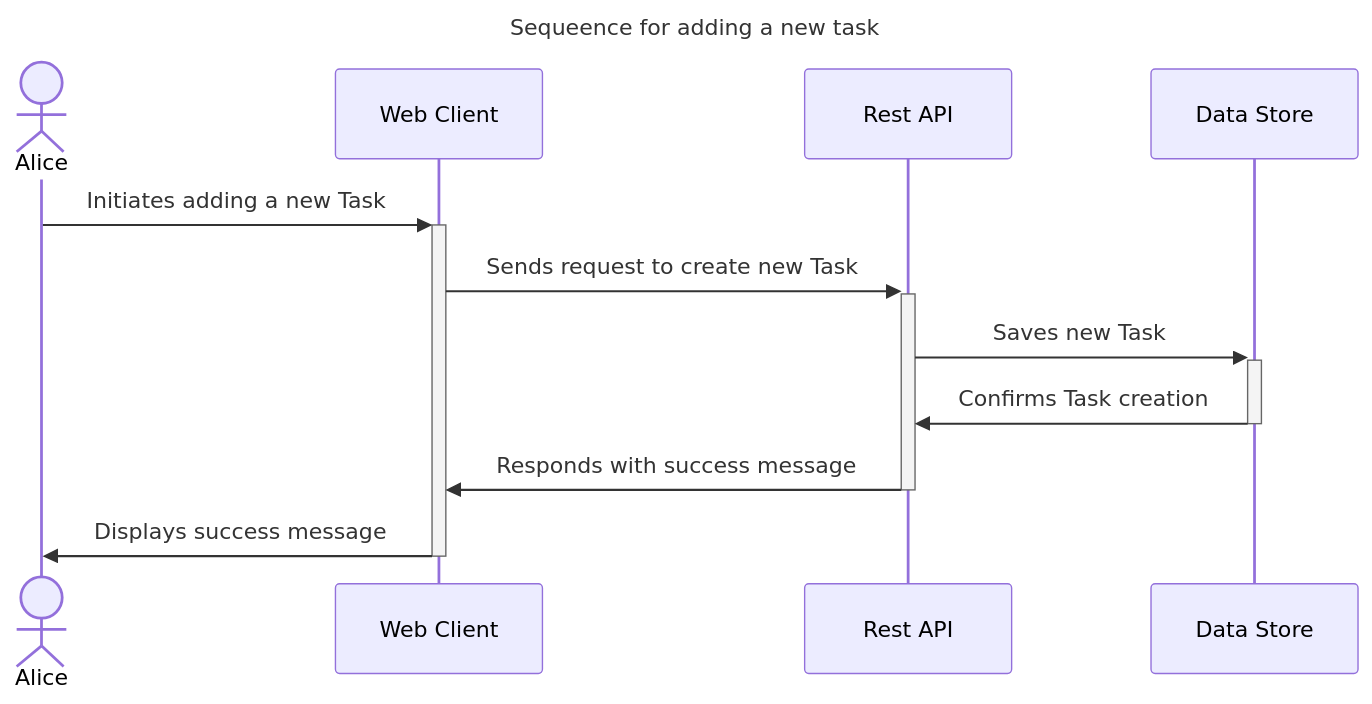
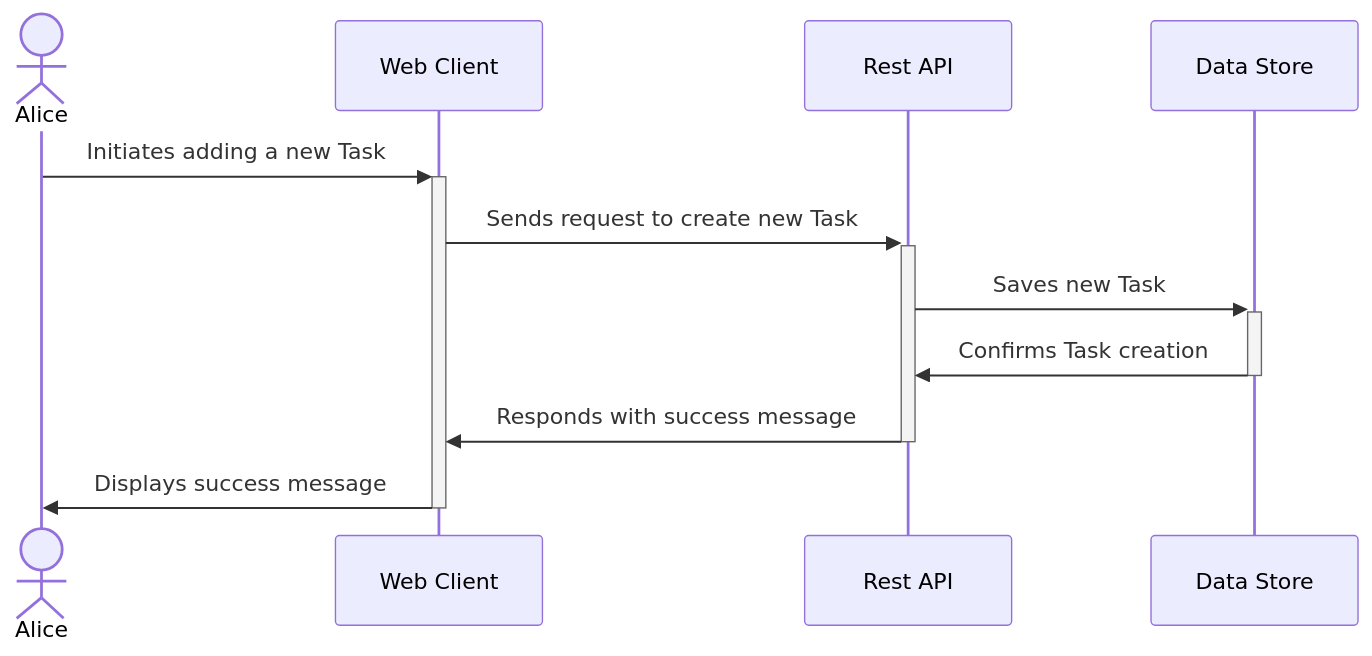
Before and after one commit to LarsGJobloop/distributed-systems-restful-apis: the second of 3 diagrams in README.md, drawn with Mermaid. The commit also changed other lines of this file, not shown here.

````diff
--- a/README.md
+++ b/README.md
@@ -58,19 +59,16 @@
 ```mermaid
----
-title: "Sequeence for adding a new task"
----
 sequenceDiagram
     actor Alice
     participant Web Client
     participant Rest API
     participant Data Store
 
     Alice ->>+ Web Client: Initiates adding a new Task
     Web Client ->>+ Rest API: Sends request to create new Task
     Rest API ->>+ Data Store: Saves new Task
     Data Store ->>- Rest API: Confirms Task creation
     Rest API ->>- Web Client: Responds with success message
     Web Client ->>- Alice: Displays success message
 
 
 ```
````
